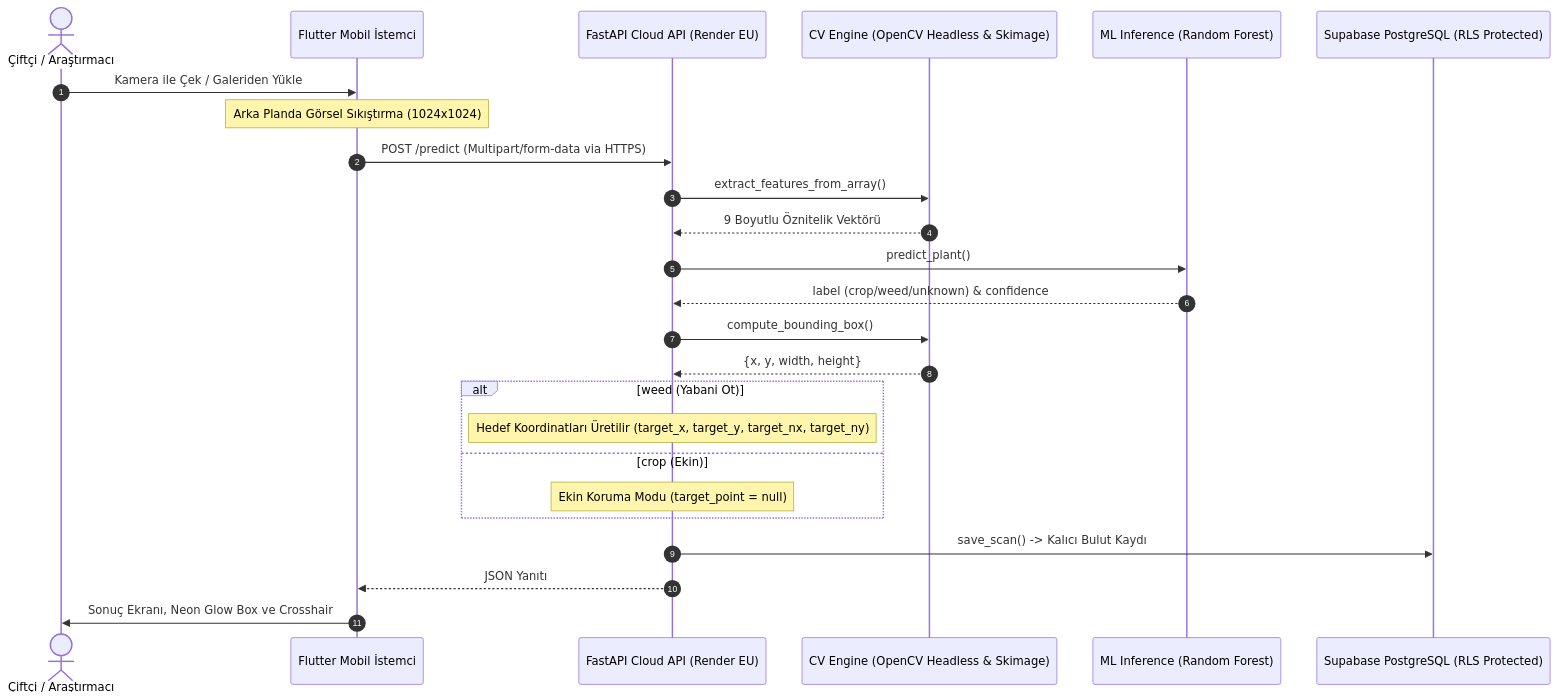
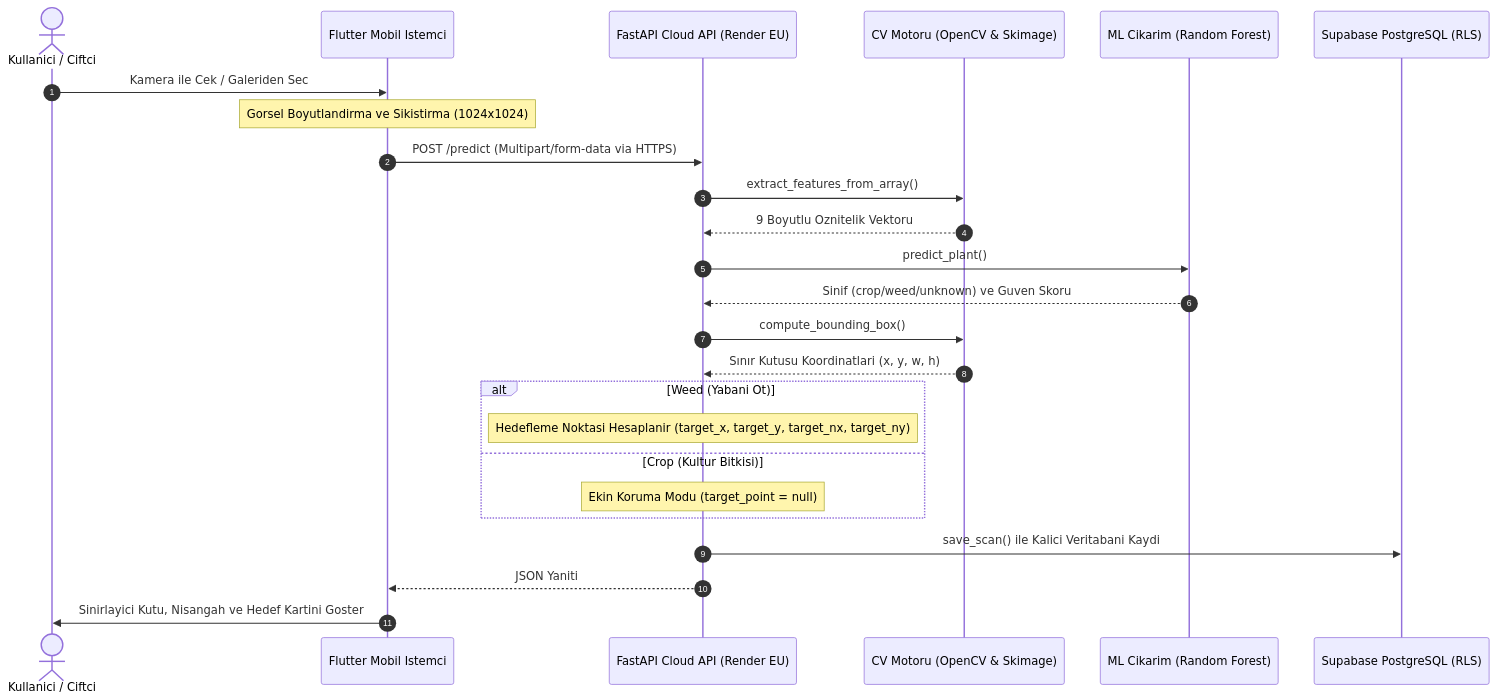
One commit to AliAlperenCivil/FloraScan-Showcase changed the second of 2 diagrams in README.md. Above: the diagram before and after it, drawn with Mermaid. The commit also changed other lines of this file and 4 other files, not shown here.

````diff
--- a/README.md
+++ b/README.md
@@ -113,30 +116,30 @@
 ```mermaid
 sequenceDiagram
     autonumber
-    actor U as Çiftçi / Araştırmacı
-    participant APP as Flutter Mobil İstemci
+    actor U as Kullanici / Ciftci
+    participant APP as Flutter Mobil Istemci
     participant API as FastAPI Cloud API (Render EU)
-    participant CV as CV Engine (OpenCV Headless & Skimage)
-    participant ML as ML Inference (Random Forest)
-    participant DB as Supabase PostgreSQL (RLS Protected)
+    participant CV as CV Motoru (OpenCV & Skimage)
+    participant ML as ML Cikarim (Random Forest)
+    participant DB as Supabase PostgreSQL (RLS)
 
-    U->>APP: Kamera ile Çek / Galeriden Yükle
-    Note over APP: Arka Planda Görsel Sıkıştırma (1024x1024)
+    U->>APP: Kamera ile Cek / Galeriden Sec
+    Note over APP: Gorsel Boyutlandirma ve Sikistirma (1024x1024)
     APP->>API: POST /predict (Multipart/form-data via HTTPS)
     API->>CV: extract_features_from_array()
-    CV-->>API: 9 Boyutlu Öznitelik Vektörü
+    CV-->>API: 9 Boyutlu Oznitelik Vektoru
     API->>ML: predict_plant()
-    ML-->>API: label (crop/weed/unknown) & confidence
+    ML-->>API: Sinif (crop/weed/unknown) ve Guven Skoru
     API->>CV: compute_bounding_box()
-    CV-->>API: {x, y, width, height}
+    CV-->>API: Sınır Kutusu Koordinatlari (x, y, w, h)
     
-    alt weed (Yabani Ot)
-        Note over API: Hedef Koordinatları Üretilir (target_x, target_y, target_nx, target_ny)
-    else crop (Ekin)
+    alt Weed (Yabani Ot)
+        Note over API: Hedefleme Noktasi Hesaplanir (target_x, target_y, target_nx, target_ny)
+    else Crop (Kultur Bitkisi)
         Note over API: Ekin Koruma Modu (target_point = null)
     end
     
-    API->>DB: save_scan() -> Kalıcı Bulut Kaydı
-    API-->>APP: JSON Yanıtı
-    APP->>U: Sonuç Ekranı, Neon Glow Box ve Crosshair
+    API->>DB: save_scan() ile Kalici Veritabani Kaydi
+    API-->>APP: JSON Yaniti
+    APP->>U: Sinirlayici Kutu, Nisangah ve Hedef Kartini Goster
 ```
````
